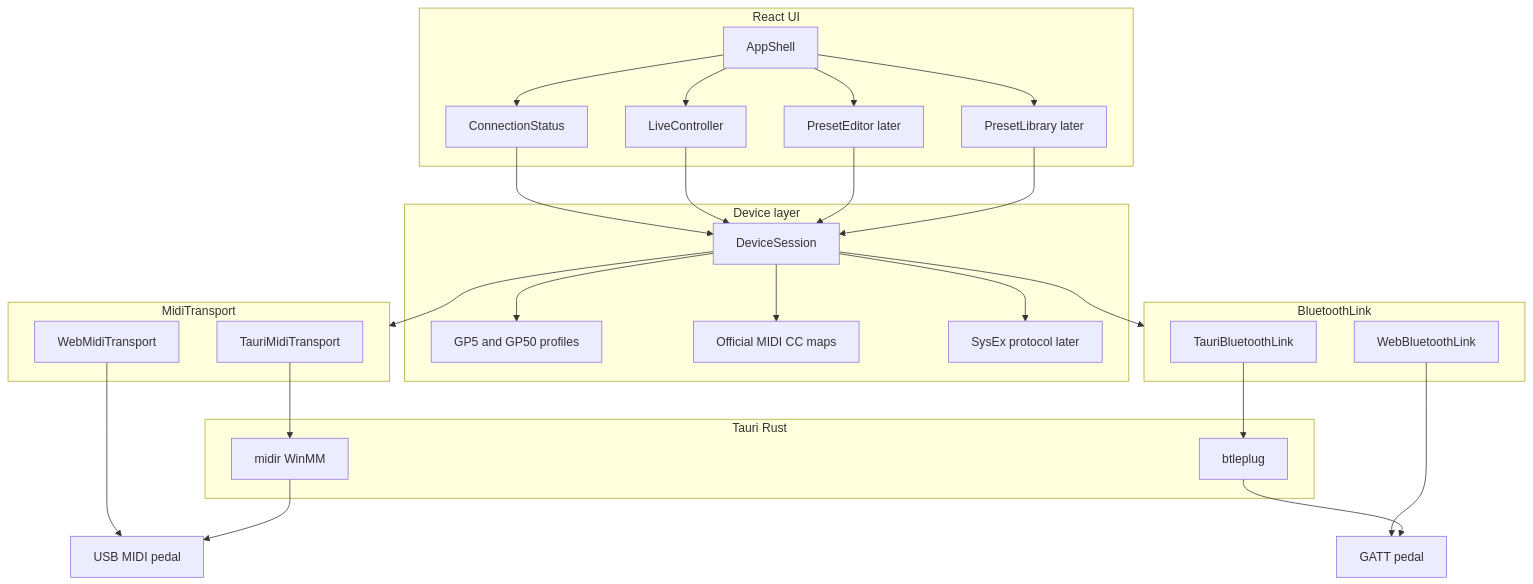
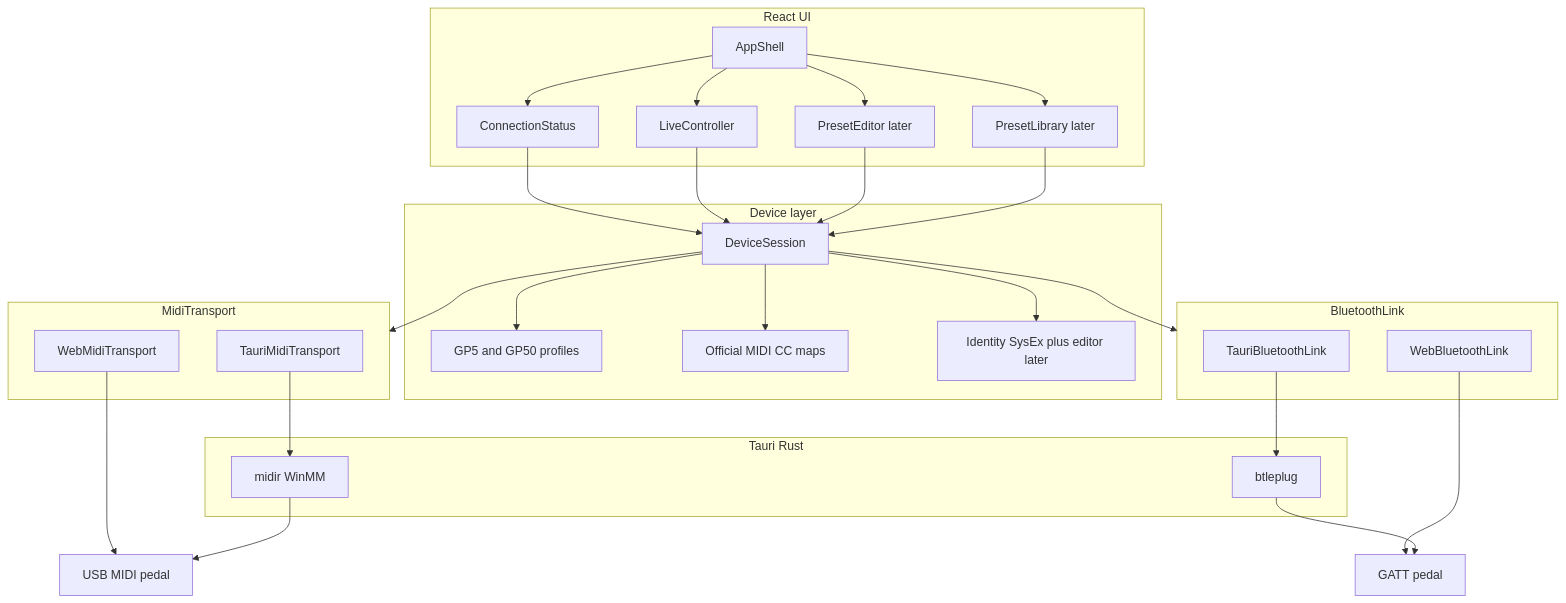
One commit to patocorrenti/gpstudio changed the diagram in docs/architecture.md. Above: the diagram before and after it, drawn with Mermaid. The commit also changed other lines of this file and 11 other files, not shown here.

````diff
--- a/docs/architecture.md
+++ b/docs/architecture.md
@@ -29,52 +29,52 @@
 ```mermaid
 flowchart TB
   subgraph ui [React UI]
     Shell[AppShell]
     ConnectStatus[ConnectionStatus]
     Controller[LiveController]
     Editor[PresetEditor later]
     Library[PresetLibrary later]
   end
 
   subgraph domain [Device layer]
     Session[DeviceSession]
     Profiles[GP5 and GP50 profiles]
     CcMap[Official MIDI CC maps]
-    Sysex[SysEx protocol later]
+    Sysex[Identity SysEx plus editor later]
   end
 
   subgraph transport [MidiTransport]
     WebMidi[WebMidiTransport]
     TauriMidi[TauriMidiTransport]
   end
 
   subgraph bluetooth [BluetoothLink]
     WebBle[WebBluetoothLink]
     TauriBle[TauriBluetoothLink]
   end
 
   subgraph native [Tauri Rust]
     Midir[midir WinMM]
     Btle[btleplug]
   end
 
   Shell --> ConnectStatus
   Shell --> Controller
   Shell --> Editor
   Shell --> Library
   ConnectStatus --> Session
   Controller --> Session
   Editor --> Session
   Library --> Session
   Session --> Profiles
   Session --> CcMap
   Session --> Sysex
   Session --> transport
   Session --> bluetooth
   WebMidi --> Pedal[USB MIDI pedal]
   TauriMidi --> Midir
   Midir --> Pedal
   WebBle --> BlePedal[GATT pedal]
   TauriBle --> Btle
   Btle --> BlePedal
 ```
````
